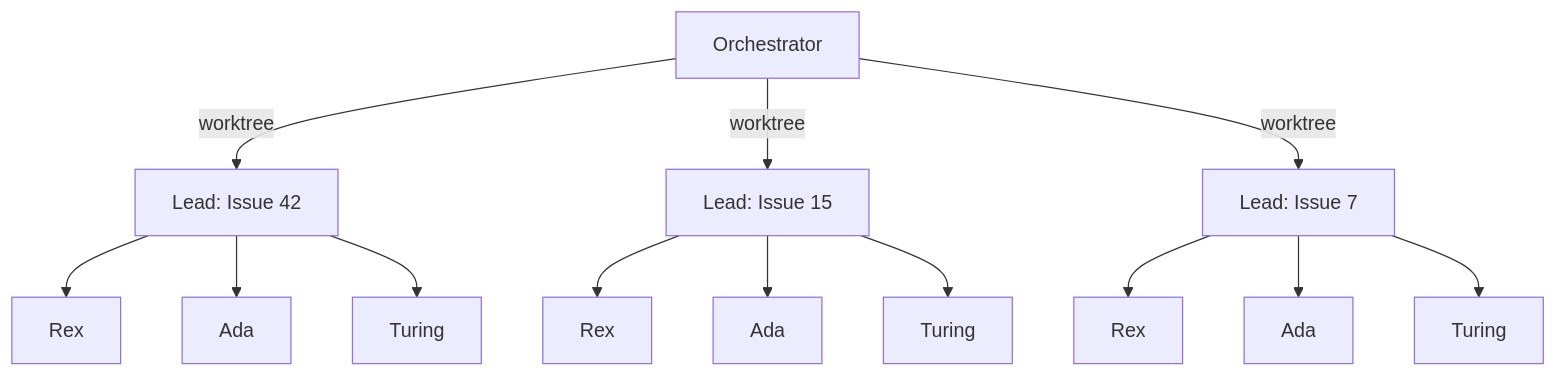
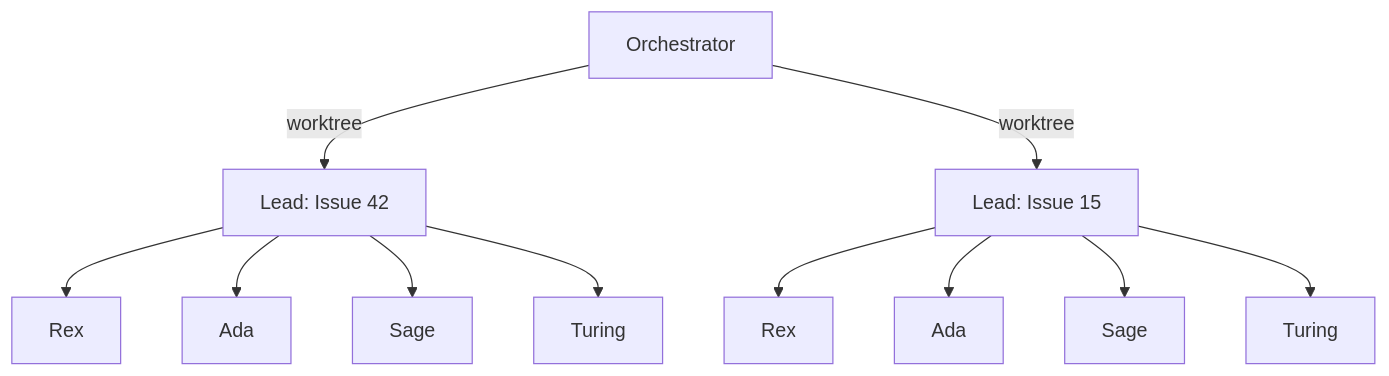
Before and after one commit to dulvac/marko-pollo: the third of 4 diagrams in presentations/agentic-development/slides.md, drawn with Mermaid. The commit also changed other lines of this file, not shown here.

Commit message:
fix: add Sage to workflow slides and trim issue swarm diagram
- Added Sage participant to Development Workflow sequence diagram (slide 7)
- Added Sage to Issue Swarm flowchart teams (slide 8)
- Reduced parallel teams from 3 to 2 for better slide fit

````diff
--- a/presentations/agentic-development/slides.md
+++ b/presentations/agentic-development/slides.md
@@ -154,10 +157,8 @@
 ```mermaid
 flowchart TD
     O[Orchestrator] -->|worktree| T1[Lead: Issue 42]
     O -->|worktree| T2[Lead: Issue 15]
-    O -->|worktree| T3[Lead: Issue 7]
 
-    T1 --> R1[Rex] & A1[Ada] & Tu1[Turing]
-    T2 --> R2[Rex] & A2[Ada] & Tu2[Turing]
-    T3 --> R3[Rex] & A3[Ada] & Tu3[Turing]
+    T1 --> R1[Rex] & A1[Ada] & S1[Sage] & Tu1[Turing]
+    T2 --> R2[Rex] & A2[Ada] & S2[Sage] & Tu2[Turing]
 ```
````
